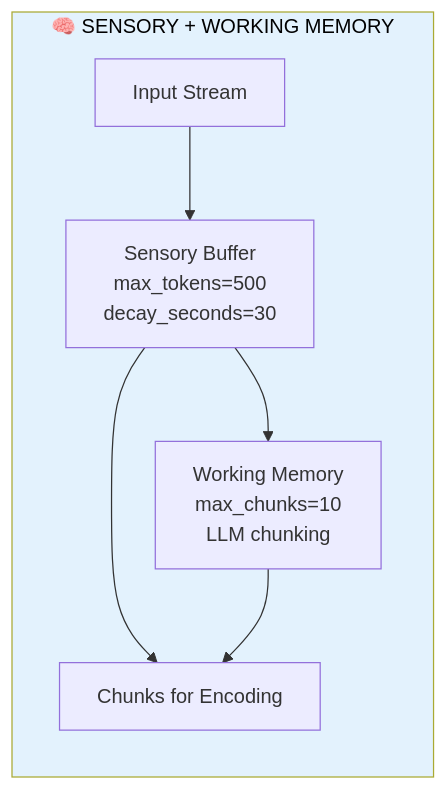
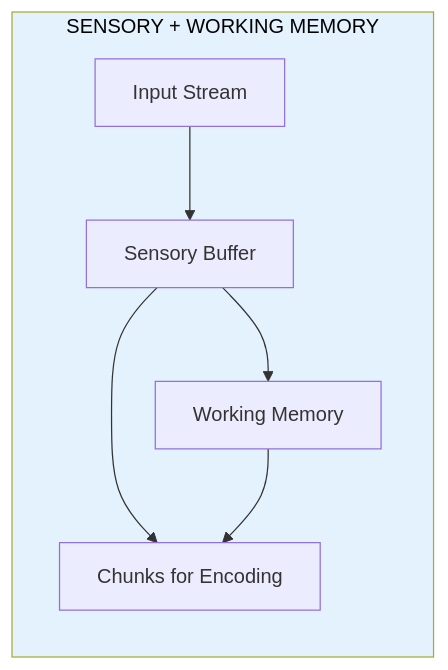
Before and after one commit to avinash-mall/CognitiveMemoryLayer: the second of 9 diagrams in README.md, drawn with Mermaid. The commit also changed other lines of this file and 2 other files, not shown here.

````diff
--- a/README.md
+++ b/README.md
@@ -185,9 +181,9 @@
 ```mermaid
 flowchart LR
-    subgraph STM["🧠 SENSORY + WORKING MEMORY"]
-        input["Input Stream"] --> sensory["Sensory Buffer<br/>max_tokens=500<br/>decay_seconds=30"]
-        sensory --> working["Working Memory<br/>max_chunks=10<br/>LLM chunking"]
+    subgraph STM["SENSORY + WORKING MEMORY"]
+        input["Input Stream"] --> sensory["Sensory Buffer"]
+        sensory --> working["Working Memory"]
         sensory & working --> chunks["Chunks for Encoding"]
     end
     style STM fill:#e3f2fd,color:#000
 ```
````
